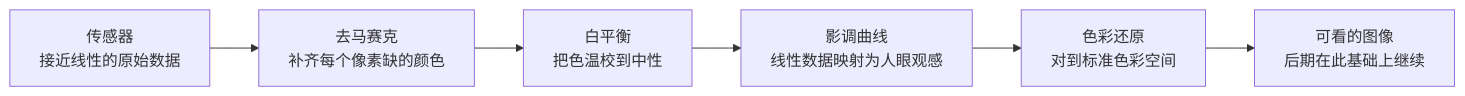
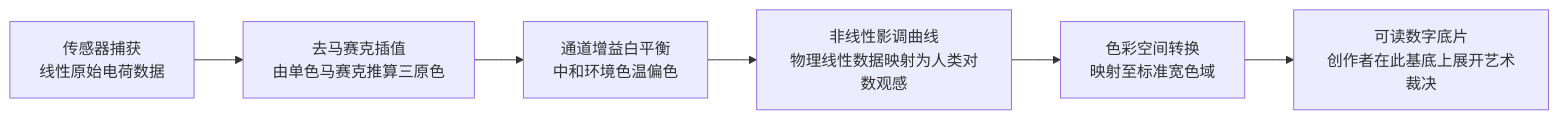
The first of 2 diagrams in docs/13-postprocess.md (yingwang/photography-book), drawn with Mermaid before and after one commit. The commit also changed other lines of this file, not shown here.

````diff
--- a/docs/13-postprocess.md
+++ b/docs/13-postprocess.md
@@ -77,8 +94,8 @@
 ```mermaid
 graph LR
-    A["传感器<br/>接近线性的原始数据"] --> B["去马赛克<br/>补齐每个像素缺的颜色"]
-    B --> C["白平衡<br/>把色温校到中性"]
-    C --> D["影调曲线<br/>线性数据映射为人眼观感"]
-    D --> E["色彩还原<br/>对到标准色彩空间"]
-    E --> F["可看的图像<br/>后期在此基础上继续"]
+    A["传感器捕获<br/>线性原始电荷数据"] --> B["去马赛克插值<br/>由单色马赛克推算三原色"]
+    B --> C["通道增益白平衡<br/>中和环境色温偏色"]
+    C --> D["非线性影调曲线<br/>物理线性数据映射为人类对数观感"]
+    D --> E["色彩空间转换<br/>映射至标准宽色域"]
+    E --> F["可读数字底片<br/>创作者在此基底上展开艺术裁决"]
 ```
````
